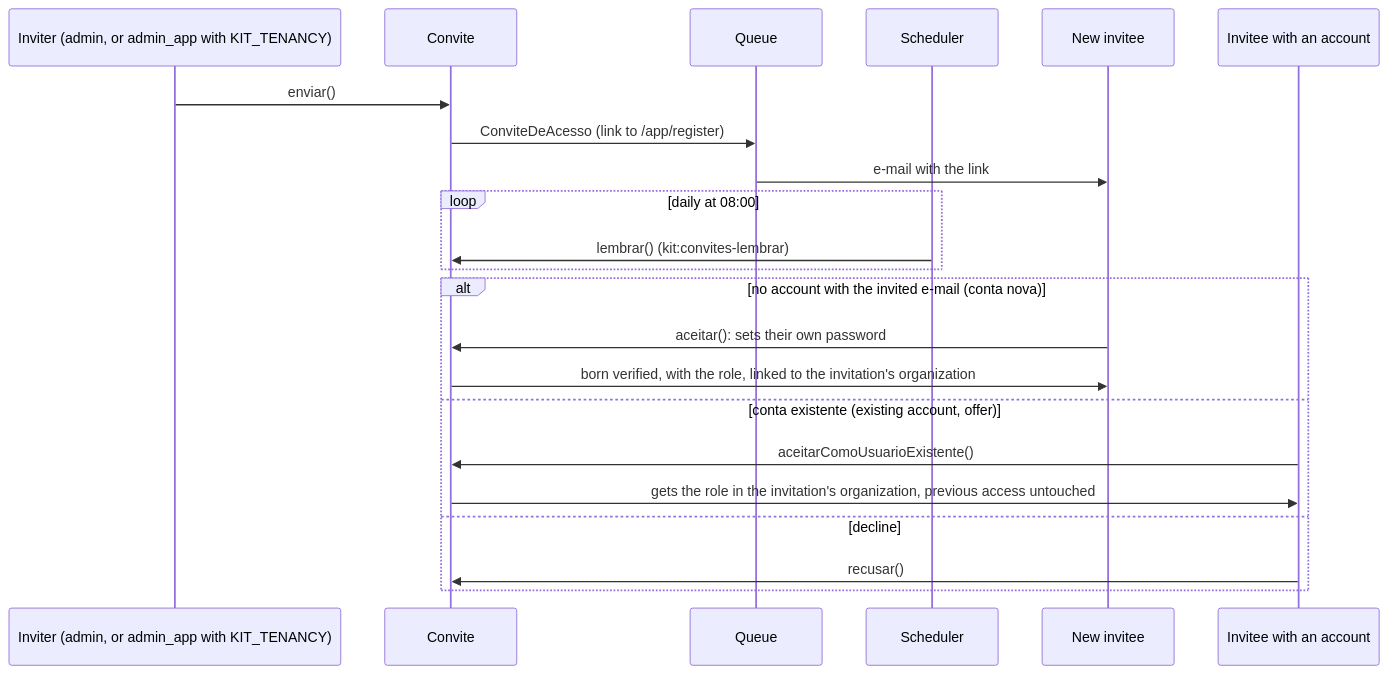
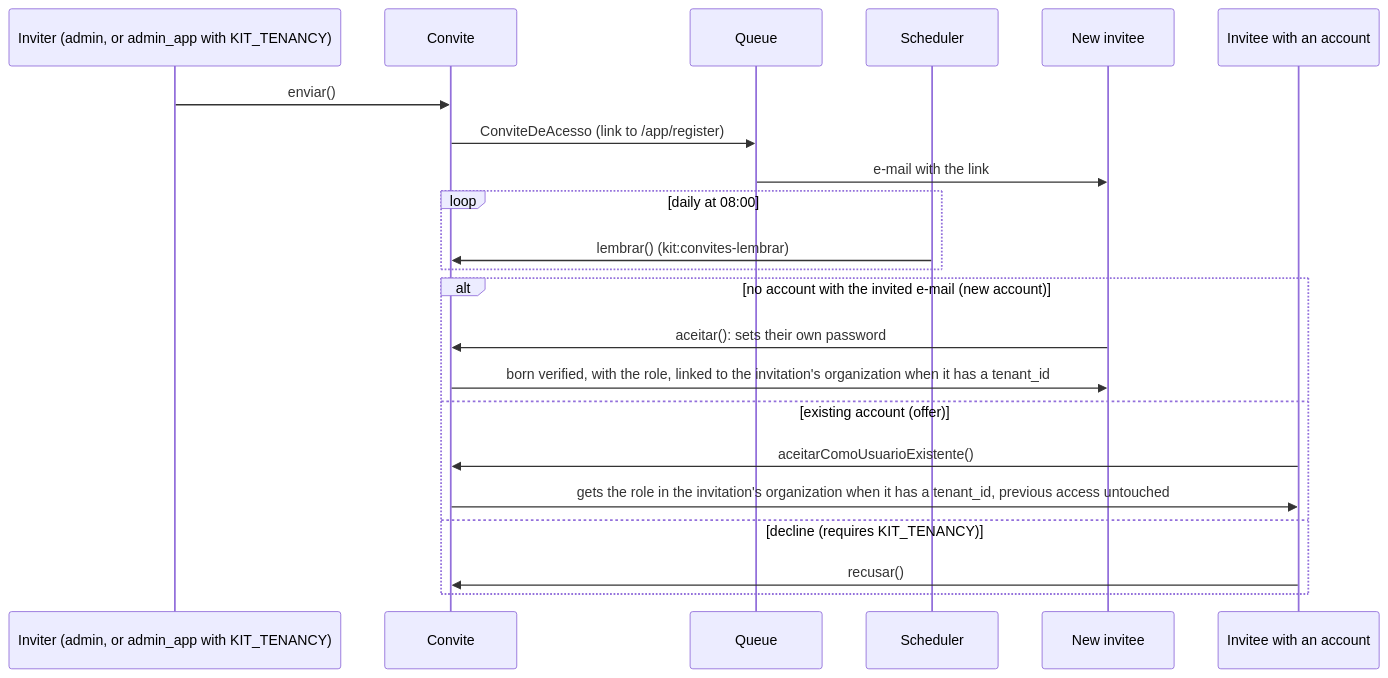
One commit to gsferro/filament-starter-kit-easy changed the first of 2 diagrams in docs/en/autenticacao/convites.md. Above: the diagram before and after it, drawn with Mermaid. The commit also changed 12 other files, not shown here.

First line of the commit message:
:lipstick: fix(site): os diagramas no tamanho natural, com rolagem no bloco, e os opcionais com a chave

````diff
--- a/docs/en/autenticacao/convites.md
+++ b/docs/en/autenticacao/convites.md
@@ -73,27 +73,27 @@
 ```mermaid
 sequenceDiagram
 %% DG-07
 accTitle: Invitation, from send to acceptance
-accDescr: Whoever invites sends the link through the queue, the scheduler reminds whoever has not answered yet, and acceptance follows one of two branches - a new account or an offer to an existing one - always linking the invitation's organization.
+accDescr: Whoever invites sends the link through the queue, the scheduler reminds whoever has not answered yet, and acceptance follows one of two branches - a new account or an offer to an existing one - linking the invitation's organization when it has one (tenant_id, only exists with KIT_TENANCY).
   participant quem_convida as Inviter (admin, or admin_app with KIT_TENANCY)
   participant convite as Convite
   participant fila as Queue
   participant agendador as Scheduler
   participant convidado_novo as New invitee
   participant convidado_existente as Invitee with an account
   quem_convida->>convite: enviar()
   convite->>fila: ConviteDeAcesso (link to /app/register)
   fila->>convidado_novo: e-mail with the link
   loop daily at 08:00
     agendador->>convite: lembrar() (kit:convites-lembrar)
   end
-  alt no account with the invited e-mail (conta nova)
+  alt no account with the invited e-mail (new account)
     convidado_novo->>convite: aceitar(): sets their own password
-    convite->>convidado_novo: born verified, with the role, linked to the invitation's organization
-  else conta existente (existing account, offer)
+    convite->>convidado_novo: born verified, with the role, linked to the invitation's organization when it has a tenant_id
+  else existing account (offer)
     convidado_existente->>convite: aceitarComoUsuarioExistente()
-    convite->>convidado_existente: gets the role in the invitation's organization, previous access untouched
-  else decline
+    convite->>convidado_existente: gets the role in the invitation's organization when it has a tenant_id, previous access untouched
+  else decline (requires KIT_TENANCY)
     convidado_existente->>convite: recusar()
   end
 ```
````
